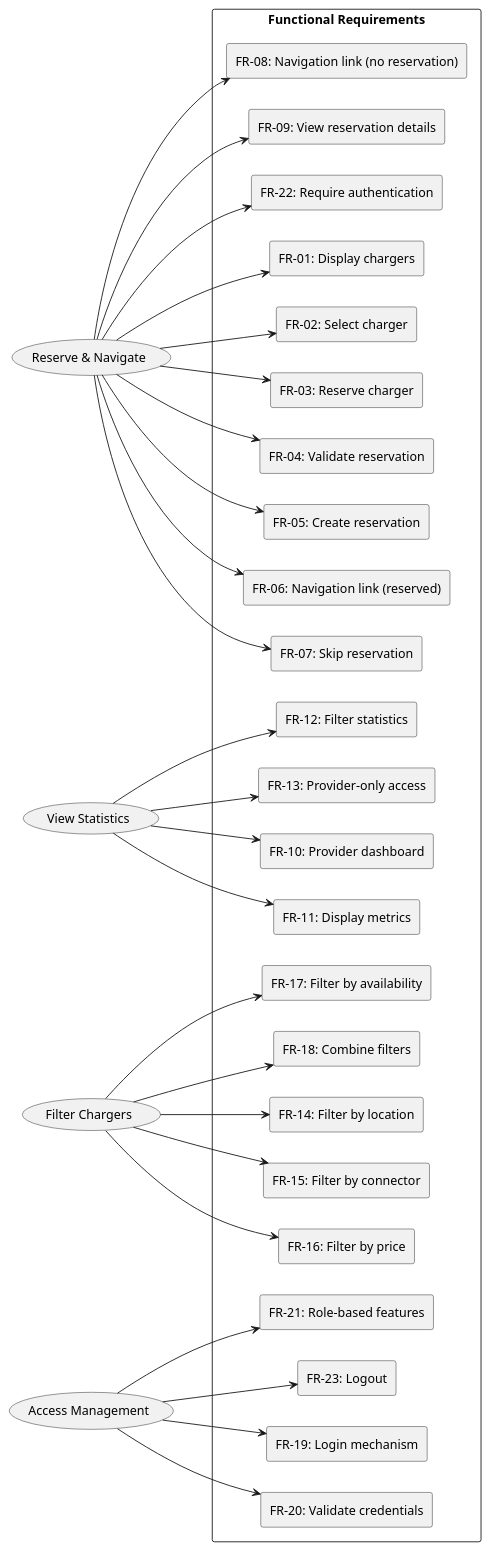
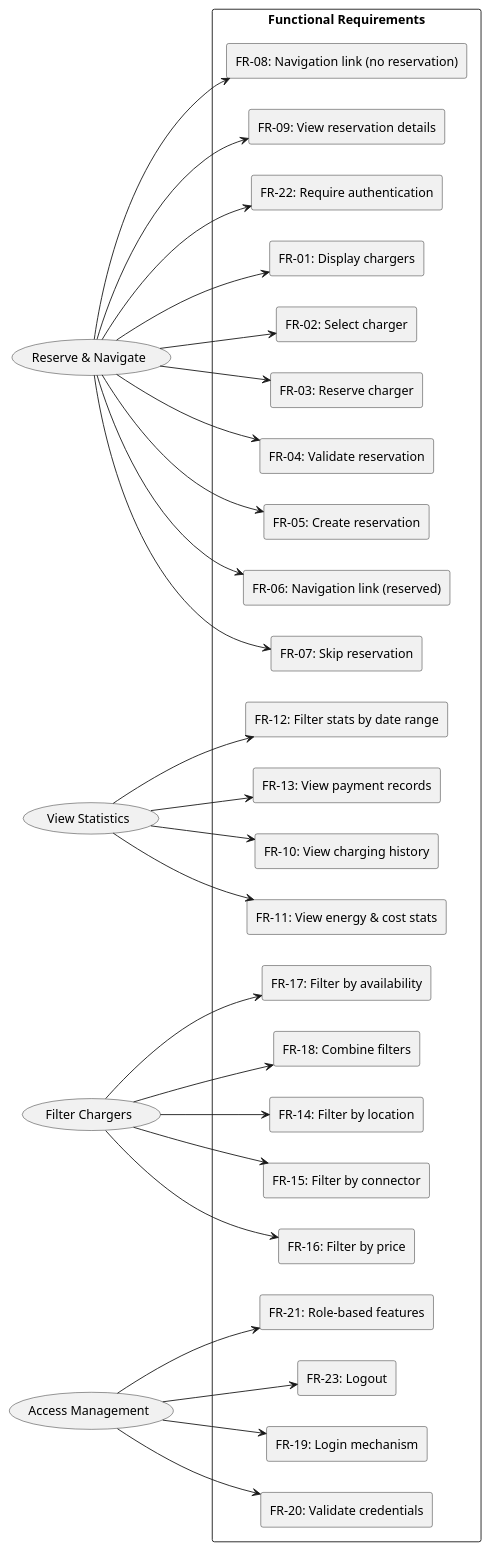
The tenth of 10 diagrams in documentation/srs.md (LedgerGhost/WattApp), drawn with PlantUML before and after one commit. The commit also changed other lines of this file, not shown here.

Commit message:
Update functional requirements for charging statistics

````diff
--- a/documentation/srs.md
+++ b/documentation/srs.md
@@ -1065,68 +1065,68 @@
 ```plantuml
 @startuml
 left to right direction
 skinparam packageStyle rectangle
 
 usecase "Reserve & Navigate" as UC1
 usecase "View Statistics" as UC2
 usecase "Filter Chargers" as UC3
 usecase "Access Management" as UC4
 
 package "Functional Requirements" {
 
   rectangle FR01 as "FR-01: Display chargers" 
   rectangle FR02 as "FR-02: Select charger"
   rectangle FR03 as "FR-03: Reserve charger"
   rectangle FR04 as "FR-04: Validate reservation"
   rectangle FR05 as "FR-05: Create reservation"
   rectangle FR06 as "FR-06: Navigation link (reserved)"
   rectangle FR07 as "FR-07: Skip reservation"
   rectangle FR08 as "FR-08: Navigation link (no reservation)"
   rectangle FR09 as "FR-09: View reservation details"
 
-  rectangle FR10 as "FR-10: Provider dashboard"
-  rectangle FR11 as "FR-11: Display metrics"
-  rectangle FR12 as "FR-12: Filter statistics"
-  rectangle FR13 as "FR-13: Provider-only access"
+  rectangle FR10 as "FR-10: View charging history"
+  rectangle FR11 as "FR-11: View energy & cost stats"
+  rectangle FR12 as "FR-12: Filter stats by date range"
+  rectangle FR13 as "FR-13: View payment records"
 
   rectangle FR14 as "FR-14: Filter by location"
   rectangle FR15 as "FR-15: Filter by connector"
   rectangle FR16 as "FR-16: Filter by price"
   rectangle FR17 as "FR-17: Filter by availability"
   rectangle FR18 as "FR-18: Combine filters"
 
   rectangle FR19 as "FR-19: Login mechanism"
   rectangle FR20 as "FR-20: Validate credentials"
   rectangle FR21 as "FR-21: Role-based features"
   rectangle FR22 as "FR-22: Require authentication"
   rectangle FR23 as "FR-23: Logout"
 }
 
 UC1 --> FR01
 UC1 --> FR02
 UC1 --> FR03
 UC1 --> FR04
 UC1 --> FR05
 UC1 --> FR06
 UC1 --> FR07
 UC1 --> FR08
 UC1 --> FR09
 UC1 --> FR22
 
 UC2 --> FR10
 UC2 --> FR11
 UC2 --> FR12
 UC2 --> FR13
 
 UC3 --> FR14
 UC3 --> FR15
 UC3 --> FR16
 UC3 --> FR17
 UC3 --> FR18
 
 UC4 --> FR19
 UC4 --> FR20
 UC4 --> FR21
 UC4 --> FR23
 @enduml
 ```
````
